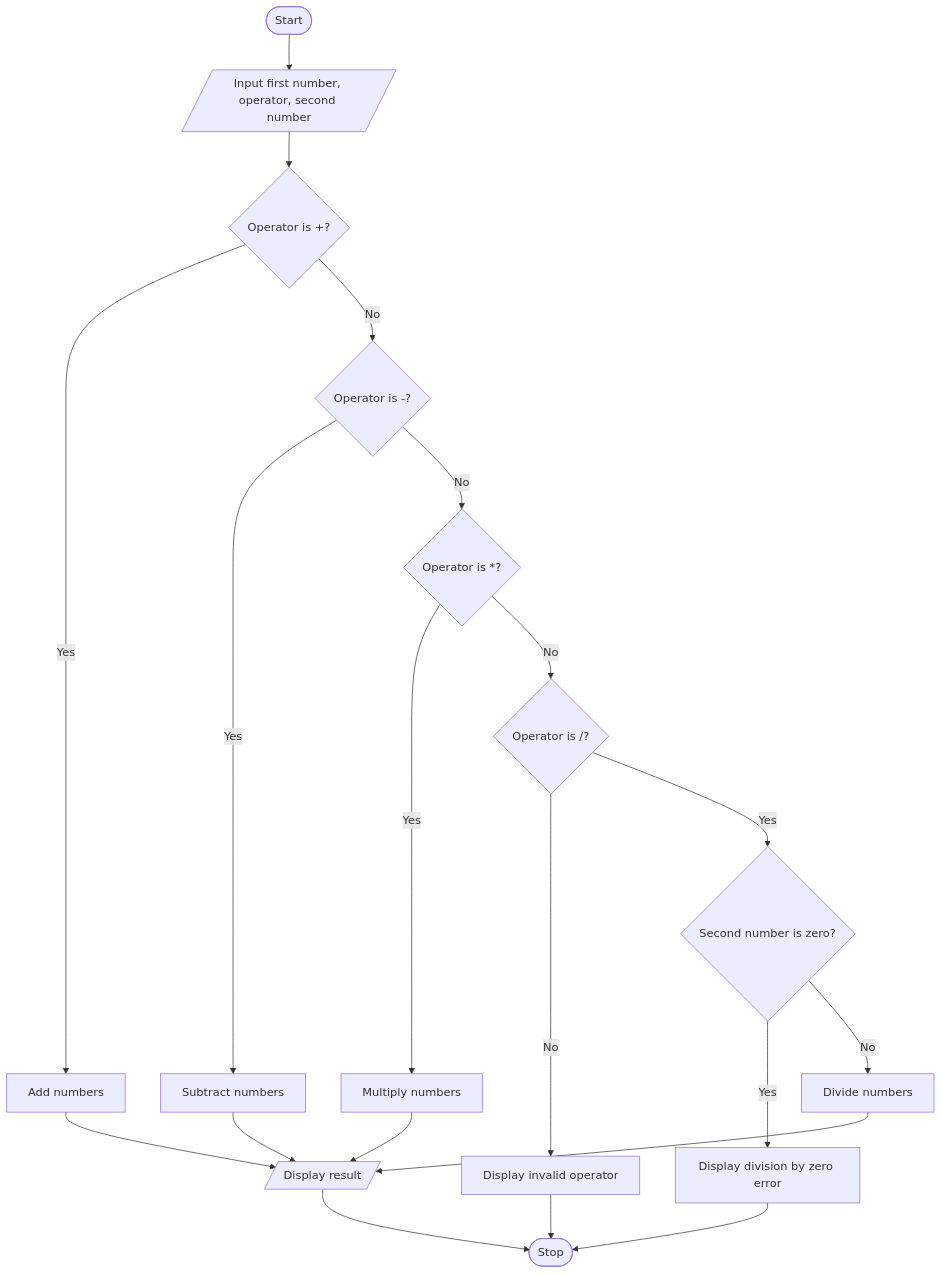
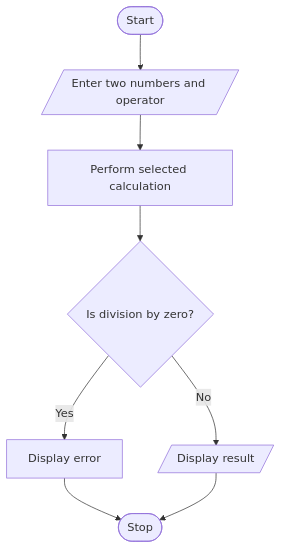
Before and after one commit to shaikishaa59-lab/ABL-PYTHON-: the diagram in 03_Simple_Calculator/algorithm_flowchart.md, drawn with Mermaid. The commit also changed other lines of this file, not shown here.

Commit message:
Simplify flowchart for Simple Calculator

````diff
--- a/03_Simple_Calculator/algorithm_flowchart.md
+++ b/03_Simple_Calculator/algorithm_flowchart.md
@@ -14,22 +3,10 @@
 ```mermaid
 flowchart TD
- A([Start]) --> B[/Input first number, operator, second number/]
- B --> C{Operator is +?}
- C -- Yes --> D[Add numbers]
- C -- No --> E{Operator is -?}
- E -- Yes --> F[Subtract numbers]
- E -- No --> G{Operator is *?}
- G -- Yes --> H[Multiply numbers]
- G -- No --> I{Operator is /?}
- I -- No --> J[Display invalid operator]
- I -- Yes --> K{Second number is zero?}
- K -- Yes --> L[Display division by zero error]
- K -- No --> M[Divide numbers]
- D --> N[/Display result/]
- F --> N
- H --> N
- M --> N
- J --> O([Stop])
- L --> O
- N --> O
+ A([Start]) --> B[/Enter two numbers and operator/]
+ B --> C[Perform selected calculation]
+ C --> D{Is division by zero?}
+ D -- Yes --> E[Display error]
+ D -- No --> F[/Display result/]
+ E --> G([Stop])
+ F --> G
 ```
````
